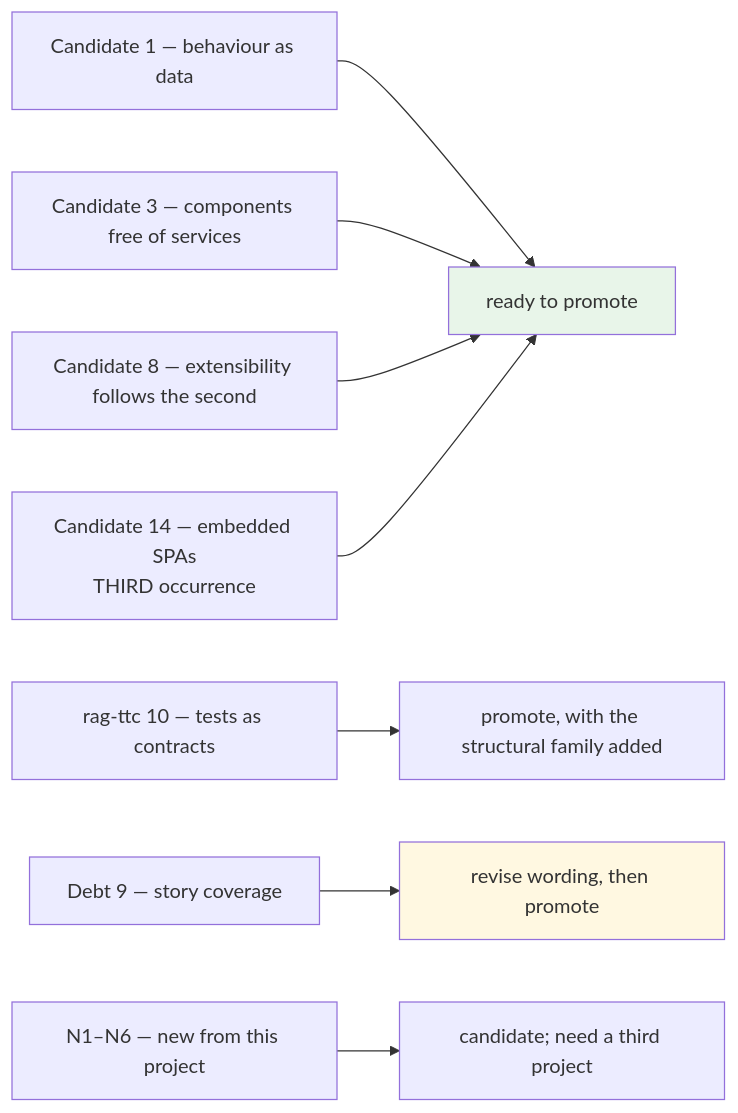
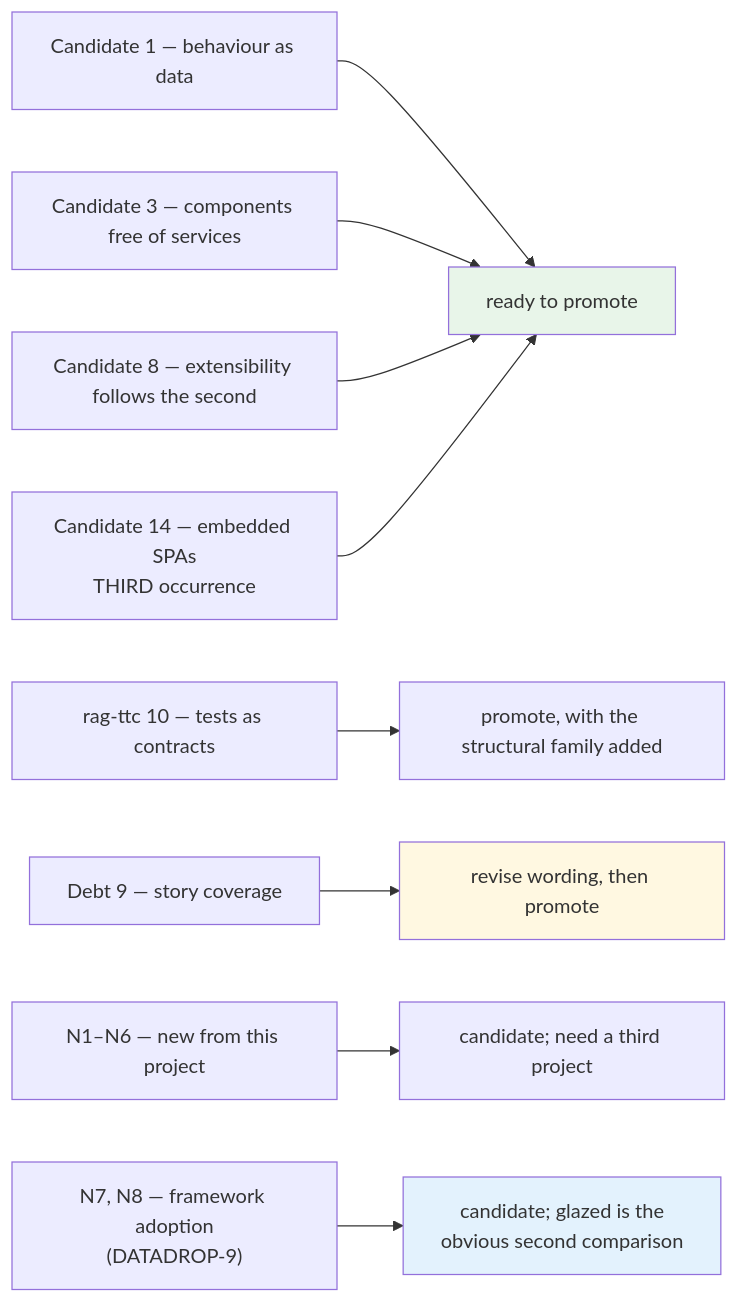
One commit to go-go-golems/go-go-parc changed the diagram in Research/Software Architecture Garden/go-go-datadrop/09 - Candidate Ecosystem Guidelines.md. Above: the diagram before and after it, drawn with Mermaid. The commit also changed other lines of this file and 7 other files, not shown here.

````diff
--- a/Research/Software Architecture Garden/go-go-datadrop/09 - Candidate Ecosystem Guidelines.md
+++ b/Research/Software Architecture Garden/go-go-datadrop/09 - Candidate Ecosystem Guidelines.md
@@ -257,12 +283,14 @@
 ```mermaid
 flowchart LR
   C1["Candidate 1 — behaviour as data"] --> P1["ready to promote"]
   C3["Candidate 3 — components free of services"] --> P1
   C8["Candidate 8 — extensibility follows the second"] --> P1
   C14["Candidate 14 — embedded SPAs<br/>THIRD occurrence"] --> P1
   T10["rag-ttc 10 — tests as contracts"] --> R2["promote, with the structural family added"]
   D9["Debt 9 — story coverage"] --> R["revise wording, then promote"]
   N["N1–N6 — new from this project"] --> T["candidate; need a third project"]
+  N7["N7, N8 — framework adoption<br/>(DATADROP-9)"] --> T2["candidate; glazed is the<br/>obvious second comparison"]
+  style T2 fill:#e3f2fd
   style P1 fill:#e8f5e9
   style R fill:#fff8e1
 ```
````
